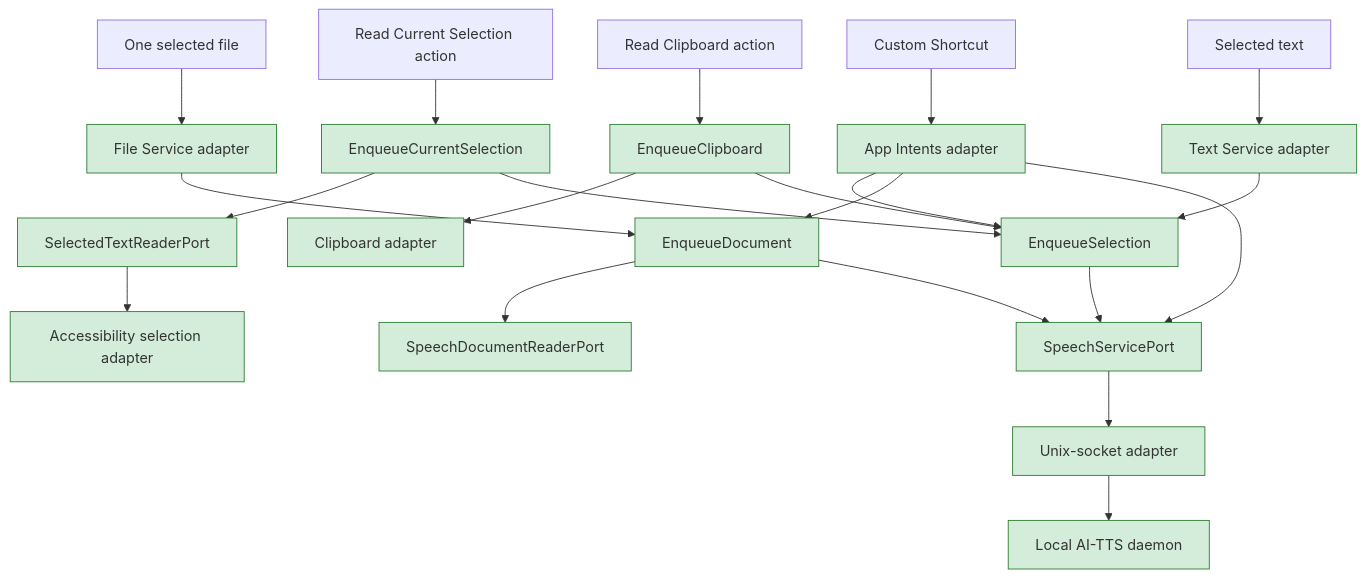
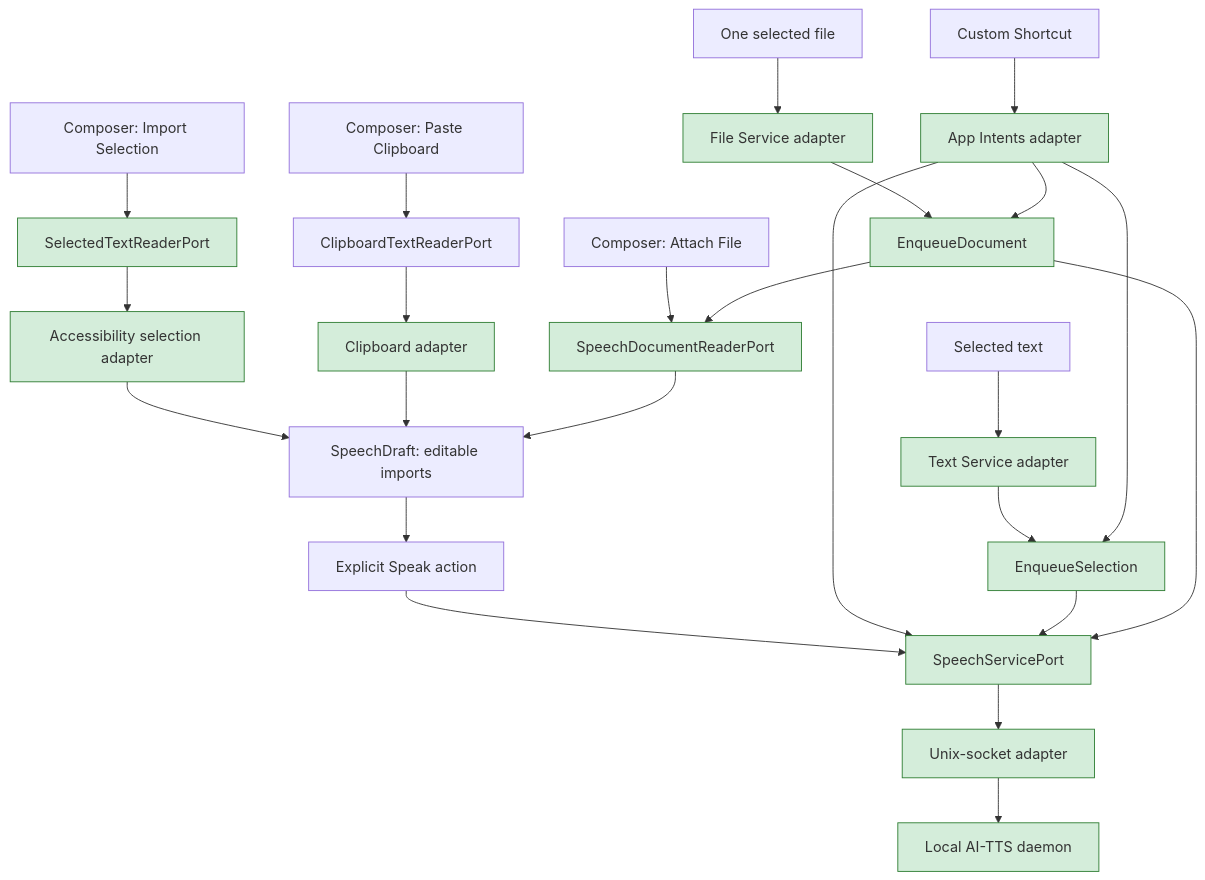
One commit to flyingrobots/AI-TTS changed the diagram in docs/design/os-integration.md. Above: the diagram before and after it, drawn with Mermaid. The commit also changed other lines of this file and 3 other files, not shown here.

First line of the commit message:
Fix: document the current composer and menu controls

````diff
--- a/docs/design/os-integration.md
+++ b/docs/design/os-integration.md
@@ -120,44 +121,46 @@
 ```mermaid
 flowchart TD
     TEXT["Selected text"] --> TEXTSERVICE["Text Service adapter"]
-    MENU["Read Current Selection action"]
+    MENU["Composer: Import Selection"]
     AX["Accessibility selection adapter"]
-    CLIPBOARD["Read Clipboard action"]
+    CLIPBOARD["Composer: Paste Clipboard"]
     CLIPBOARDADAPTER["Clipboard adapter"]
     FILE["One selected file"] --> FILESERVICE["File Service adapter"]
     AUTOMATION["Custom Shortcut"] --> INTENTS["App Intents adapter"]
 
     TEXTSERVICE --> SELECTION["EnqueueSelection"]
-    MENU --> CURRENTUSE["EnqueueCurrentSelection"]
-    CURRENTUSE --> SELECTEDPORT["SelectedTextReaderPort"]
+    MENU --> SELECTEDPORT["SelectedTextReaderPort"]
     SELECTEDPORT --> AX
-    CURRENTUSE --> SELECTION
-    CLIPBOARD --> CLIPUSE["EnqueueClipboard"]
-    CLIPUSE --> CLIPBOARDADAPTER
-    CLIPUSE --> SELECTION
+    AX --> DRAFT["SpeechDraft: editable imports"]
+    CLIPBOARD --> CLIPPORT["ClipboardTextReaderPort"]
+    CLIPPORT --> CLIPBOARDADAPTER
+    CLIPBOARDADAPTER --> DRAFT
+    ATTACH["Composer: Attach File"] --> READER
+    READER --> DRAFT
+    DRAFT --> SUBMIT["Explicit Speak action"]
+    SUBMIT --> SPEECH
     FILESERVICE --> DOCUMENT["EnqueueDocument"]
     DOCUMENT --> READER["SpeechDocumentReaderPort"]
     INTENTS --> SELECTION
     INTENTS --> DOCUMENT
     INTENTS --> SPEECH
 
     SELECTION --> SPEECH["SpeechServicePort"]
     DOCUMENT --> SPEECH
     SPEECH --> SOCKET["Unix-socket adapter"]
     SOCKET --> DAEMON["Local AI-TTS daemon"]
 
     style DOCUMENT fill:#d4edda,stroke:#2e7d32
     style READER fill:#d4edda,stroke:#2e7d32
     style SPEECH fill:#d4edda,stroke:#2e7d32
     style SOCKET fill:#d4edda,stroke:#2e7d32
     style DAEMON fill:#d4edda,stroke:#2e7d32
     style TEXTSERVICE fill:#d4edda,stroke:#2e7d32
     style AX fill:#d4edda,stroke:#2e7d32
     style CLIPBOARDADAPTER fill:#d4edda,stroke:#2e7d32
     style FILESERVICE fill:#d4edda,stroke:#2e7d32
     style SELECTION fill:#d4edda,stroke:#2e7d32
     style SELECTEDPORT fill:#d4edda,stroke:#2e7d32
-    style CURRENTUSE fill:#d4edda,stroke:#2e7d32
-    style CLIPUSE fill:#d4edda,stroke:#2e7d32
+
     style INTENTS fill:#d4edda,stroke:#2e7d32
 ```
````
